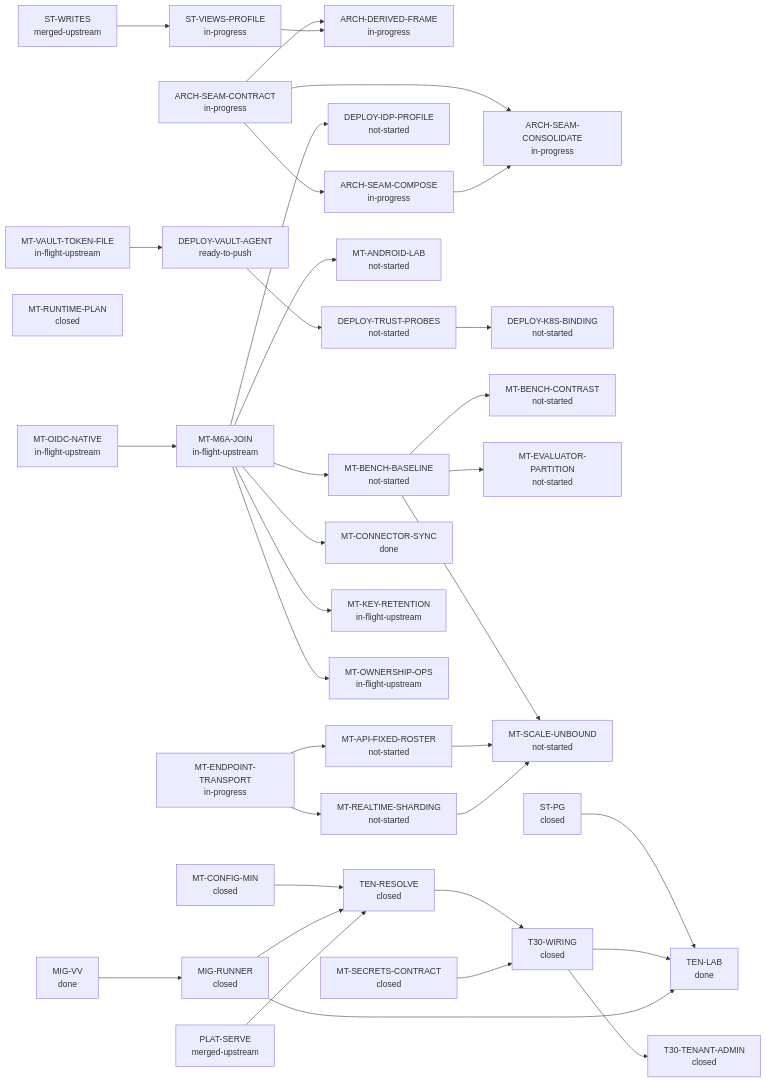
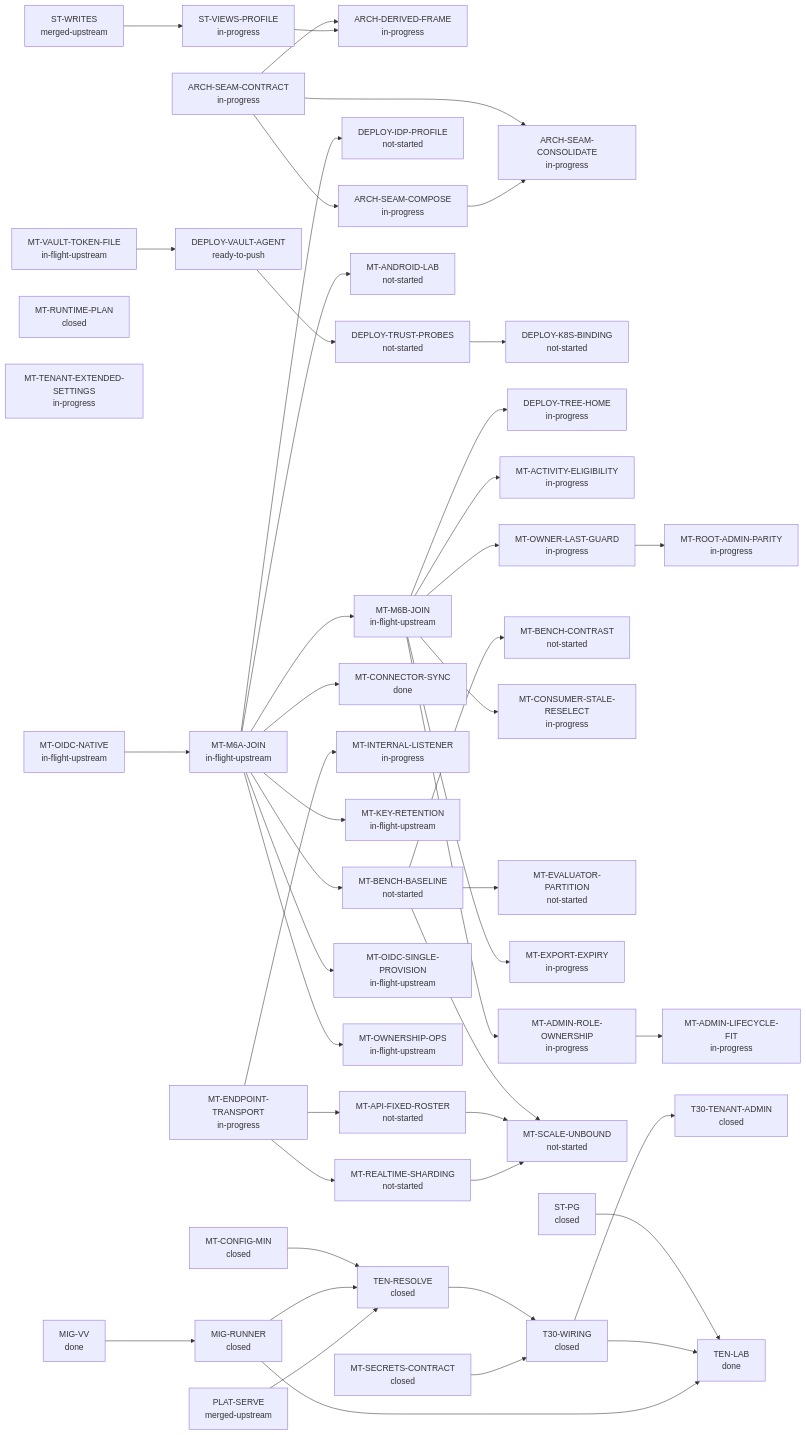
The second of 2 diagrams in docs/30-design/tenancy/multitenant-delivery-dashboard.md (bewest/rag-nightscout-ecosystem-alignment), drawn with Mermaid before and after one commit. The commit also changed other lines of this file and 15 other files, not shown here.

First line of the commit message:
Redraw the multitenant diagrams for the 2026-11-10 decisions

```diff
--- a/docs/30-design/tenancy/multitenant-delivery-dashboard.md
+++ b/docs/30-design/tenancy/multitenant-delivery-dashboard.md
@@ -87,26 +87,38 @@
   ARCH-SEAM-CONTRACT["ARCH-SEAM-CONTRACT<br/>in-progress"]
   DEPLOY-IDP-PROFILE["DEPLOY-IDP-PROFILE<br/>not-started"]
   DEPLOY-K8S-BINDING["DEPLOY-K8S-BINDING<br/>not-started"]
+  DEPLOY-TREE-HOME["DEPLOY-TREE-HOME<br/>in-progress"]
   DEPLOY-TRUST-PROBES["DEPLOY-TRUST-PROBES<br/>not-started"]
   DEPLOY-VAULT-AGENT["DEPLOY-VAULT-AGENT<br/>ready-to-push"]
   MIG-RUNNER["MIG-RUNNER<br/>closed"]
   MIG-VV["MIG-VV<br/>done"]
+  MT-ACTIVITY-ELIGIBILITY["MT-ACTIVITY-ELIGIBILITY<br/>in-progress"]
+  MT-ADMIN-LIFECYCLE-FIT["MT-ADMIN-LIFECYCLE-FIT<br/>in-progress"]
+  MT-ADMIN-ROLE-OWNERSHIP["MT-ADMIN-ROLE-OWNERSHIP<br/>in-progress"]
   MT-ANDROID-LAB["MT-ANDROID-LAB<br/>not-started"]
   MT-API-FIXED-ROSTER["MT-API-FIXED-ROSTER<br/>not-started"]
   MT-BENCH-BASELINE["MT-BENCH-BASELINE<br/>not-started"]
   MT-BENCH-CONTRAST["MT-BENCH-CONTRAST<br/>not-started"]
   MT-CONFIG-MIN["MT-CONFIG-MIN<br/>closed"]
   MT-CONNECTOR-SYNC["MT-CONNECTOR-SYNC<br/>done"]
+  MT-CONSUMER-STALE-RESELECT["MT-CONSUMER-STALE-RESELECT<br/>in-progress"]
   MT-ENDPOINT-TRANSPORT["MT-ENDPOINT-TRANSPORT<br/>in-progress"]
   MT-EVALUATOR-PARTITION["MT-EVALUATOR-PARTITION<br/>not-started"]
+  MT-EXPORT-EXPIRY["MT-EXPORT-EXPIRY<br/>in-progress"]
+  MT-INTERNAL-LISTENER["MT-INTERNAL-LISTENER<br/>in-progress"]
   MT-KEY-RETENTION["MT-KEY-RETENTION<br/>in-flight-upstream"]
   MT-M6A-JOIN["MT-M6A-JOIN<br/>in-flight-upstream"]
+  MT-M6B-JOIN["MT-M6B-JOIN<br/>in-flight-upstream"]
   MT-OIDC-NATIVE["MT-OIDC-NATIVE<br/>in-flight-upstream"]
+  MT-OIDC-SINGLE-PROVISION["MT-OIDC-SINGLE-PROVISION<br/>in-flight-upstream"]
+  MT-OWNER-LAST-GUARD["MT-OWNER-LAST-GUARD<br/>in-progress"]
   MT-OWNERSHIP-OPS["MT-OWNERSHIP-OPS<br/>in-flight-upstream"]
   MT-REALTIME-SHARDING["MT-REALTIME-SHARDING<br/>not-started"]
+  MT-ROOT-ADMIN-PARITY["MT-ROOT-ADMIN-PARITY<br/>in-progress"]
   MT-RUNTIME-PLAN["MT-RUNTIME-PLAN<br/>closed"]
   MT-SCALE-UNBOUND["MT-SCALE-UNBOUND<br/>not-started"]
   MT-SECRETS-CONTRACT["MT-SECRETS-CONTRACT<br/>closed"]
+  MT-TENANT-EXTENDED-SETTINGS["MT-TENANT-EXTENDED-SETTINGS<br/>in-progress"]
   MT-VAULT-TOKEN-FILE["MT-VAULT-TOKEN-FILE<br/>in-flight-upstream"]
   PLAT-SERVE["PLAT-SERVE<br/>merged-upstream"]
   ST-PG["ST-PG<br/>closed"]
@@ -123,19 +135,30 @@
   ARCH-SEAM-COMPOSE --> ARCH-SEAM-CONSOLIDATE
   MT-M6A-JOIN --> DEPLOY-IDP-PROFILE
   DEPLOY-TRUST-PROBES --> DEPLOY-K8S-BINDING
+  MT-M6B-JOIN --> DEPLOY-TREE-HOME
   DEPLOY-VAULT-AGENT --> DEPLOY-TRUST-PROBES
   MT-VAULT-TOKEN-FILE --> DEPLOY-VAULT-AGENT
   MIG-VV --> MIG-RUNNER
+  MT-M6B-JOIN --> MT-ACTIVITY-ELIGIBILITY
+  MT-ADMIN-ROLE-OWNERSHIP --> MT-ADMIN-LIFECYCLE-FIT
+  MT-M6B-JOIN --> MT-ADMIN-ROLE-OWNERSHIP
   MT-M6A-JOIN --> MT-ANDROID-LAB
   MT-ENDPOINT-TRANSPORT --> MT-API-FIXED-ROSTER
   MT-M6A-JOIN --> MT-BENCH-BASELINE
   MT-BENCH-BASELINE --> MT-BENCH-CONTRAST
   MT-M6A-JOIN --> MT-CONNECTOR-SYNC
+  MT-M6B-JOIN --> MT-CONSUMER-STALE-RESELECT
   MT-BENCH-BASELINE --> MT-EVALUATOR-PARTITION
+  MT-M6B-JOIN --> MT-EXPORT-EXPIRY
+  MT-ENDPOINT-TRANSPORT --> MT-INTERNAL-LISTENER
   MT-M6A-JOIN --> MT-KEY-RETENTION
   MT-OIDC-NATIVE --> MT-M6A-JOIN
+  MT-M6A-JOIN --> MT-M6B-JOIN
+  MT-M6A-JOIN --> MT-OIDC-SINGLE-PROVISION
+  MT-M6B-JOIN --> MT-OWNER-LAST-GUARD
   MT-M6A-JOIN --> MT-OWNERSHIP-OPS
   MT-ENDPOINT-TRANSPORT --> MT-REALTIME-SHARDING
+  MT-OWNER-LAST-GUARD --> MT-ROOT-ADMIN-PARITY
   MT-BENCH-BASELINE --> MT-SCALE-UNBOUND
   MT-API-FIXED-ROSTER --> MT-SCALE-UNBOUND
   MT-REALTIME-SHARDING --> MT-SCALE-UNBOUND
```
